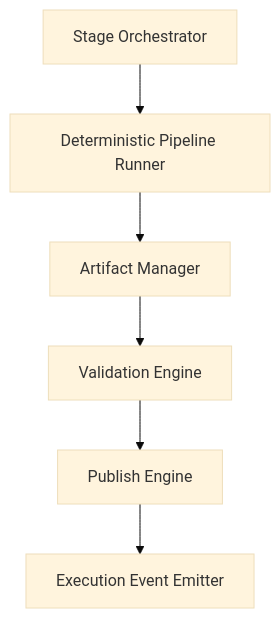
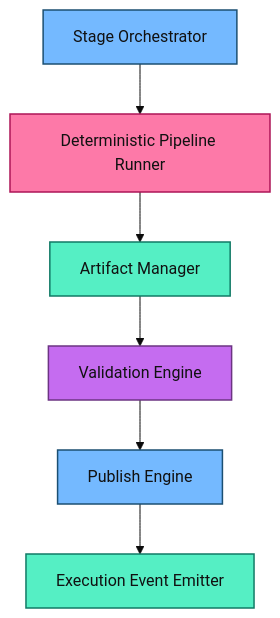
The third of 10 diagrams in docs/ARCHITECTURE.md (zansued/axionos), drawn with Mermaid (base theme) before and after one commit.

Commit message:
Preceding changes

````diff
--- a/docs/ARCHITECTURE.md
+++ b/docs/ARCHITECTURE.md
@@ -172,15 +172,20 @@
 ```mermaid
 flowchart TB
-    Orchestrator["Stage Orchestrator"]
-    Runner["Deterministic Pipeline Runner"]
-    Artifact["Artifact Manager"]
-    Validation["Validation Engine"]
-    Publish["Publish Engine"]
-    Events["Execution Event Emitter"]
+    Orchestrator["Stage Orchestrator"]:::core
+    Runner["Deterministic Pipeline Runner"]:::runtime
+    Artifact["Artifact Manager"]:::data
+    Validation["Validation Engine"]:::governance
+    Publish["Publish Engine"]:::core
+    Events["Execution Event Emitter"]:::data
 
     Orchestrator --> Runner
     Runner --> Artifact
     Artifact --> Validation
     Validation --> Publish
     Publish --> Events
+
+    classDef core fill:#74B9FF,stroke:#1B4F72,color:#111,stroke-width:1.5px;
+    classDef runtime fill:#FD79A8,stroke:#AD1457,color:#111,stroke-width:1.5px;
+    classDef governance fill:#C56CF0,stroke:#6C3483,color:#111,stroke-width:1.5px;
+    classDef data fill:#55EFC4,stroke:#117A65,color:#111,stroke-width:1.5px;
 ```
````
